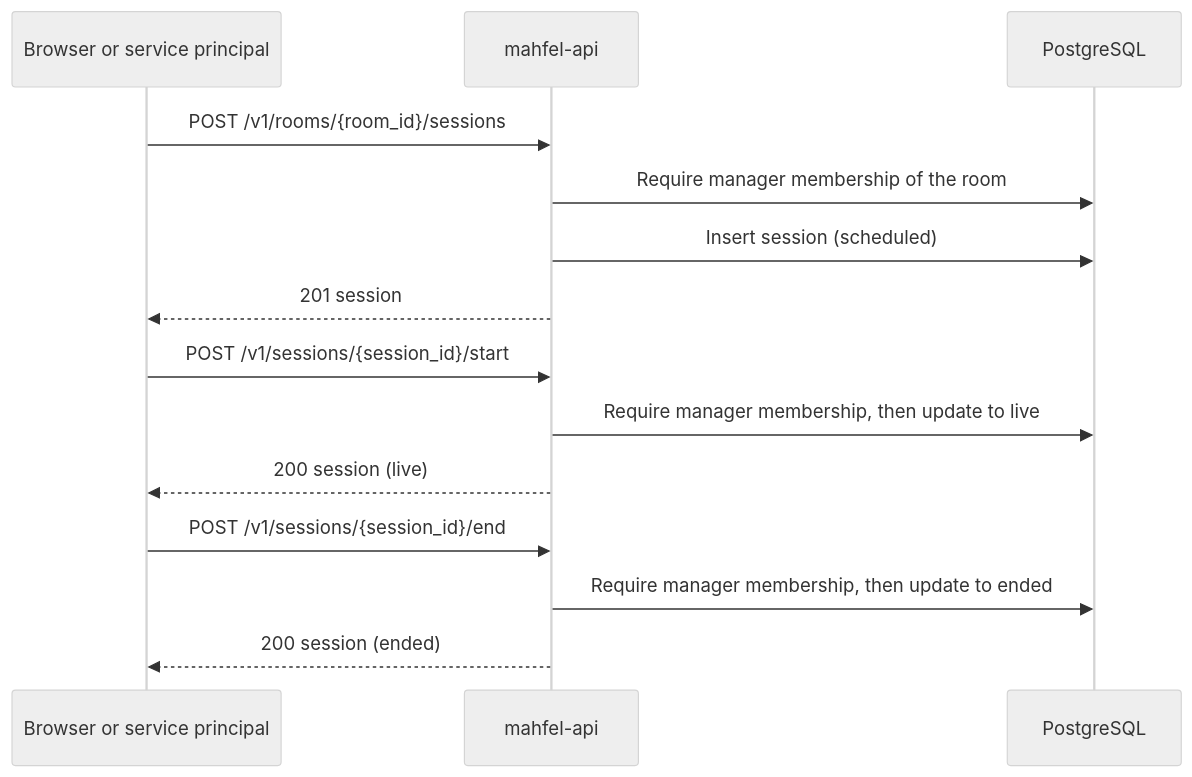
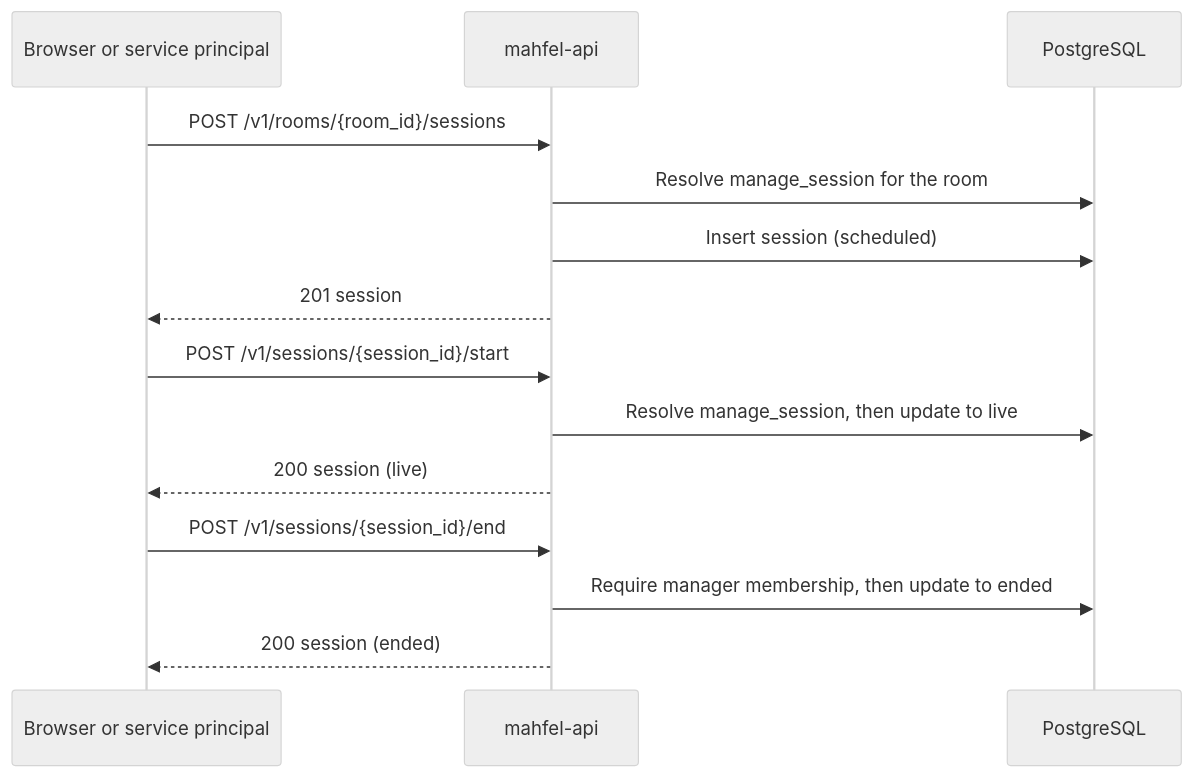
One commit to mhyrzt/mahfel changed the second of 11 diagrams in docs/architecture/data-flow.md. Above: the diagram before and after it, drawn with Mermaid (neutral theme). The commit also changed other lines of this file and 33 other files, not shown here.

````diff
--- a/docs/architecture/data-flow.md
+++ b/docs/architecture/data-flow.md
@@ -31,16 +31,16 @@
 ```mermaid
 sequenceDiagram
   participant C as Browser or service principal
   participant A as mahfel-api
   participant P as PostgreSQL
   C->>A: POST /v1/rooms/{room_id}/sessions
-  A->>P: Require manager membership of the room
+  A->>P: Resolve manage_session for the room
   A->>P: Insert session (scheduled)
   A-->>C: 201 session
   C->>A: POST /v1/sessions/{session_id}/start
-  A->>P: Require manager membership, then update to live
+  A->>P: Resolve manage_session, then update to live
   A-->>C: 200 session (live)
   C->>A: POST /v1/sessions/{session_id}/end
   A->>P: Require manager membership, then update to ended
   A-->>C: 200 session (ended)
 ```
````
